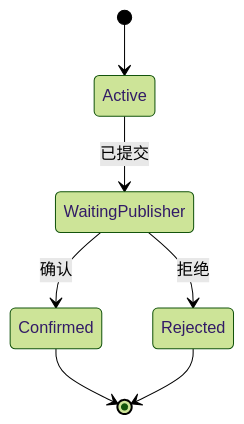
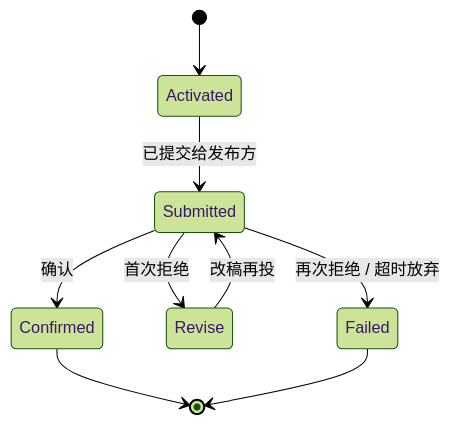
Before and after one commit to o92/blog: the third of 4 diagrams in content/ddd/02-tactical-design/06-communication-patterns.md, drawn with Mermaid (forest theme). The commit also changed other lines of this file and 14 other files, not shown here.

````diff
--- a/content/ddd/02-tactical-design/06-communication-patterns.md
+++ b/content/ddd/02-tactical-design/06-communication-patterns.md
@@ -57,9 +87,11 @@
 ```mermaid
 stateDiagram-v2
-  [*] --> Active
-  Active --> WaitingPublisher: 已提交
-  WaitingPublisher --> Confirmed: 确认
-  WaitingPublisher --> Rejected: 拒绝
+  [*] --> Activated
+  Activated --> Submitted: 已提交给发布方
+  Submitted --> Confirmed: 确认
+  Submitted --> Revise: 首次拒绝
+  Revise --> Submitted: 改稿再投
+  Submitted --> Failed: 再次拒绝 / 超时放弃
   Confirmed --> [*]
-  Rejected --> [*]
+  Failed --> [*]
 ```
````
